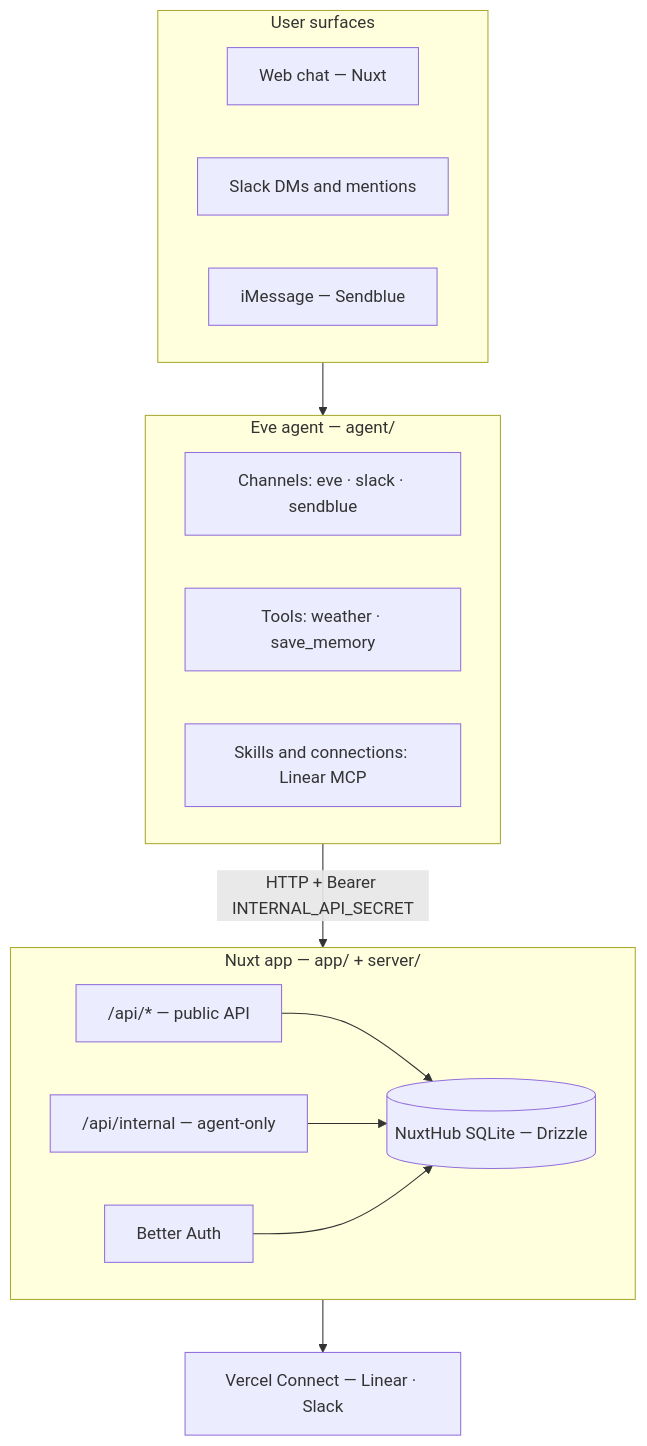
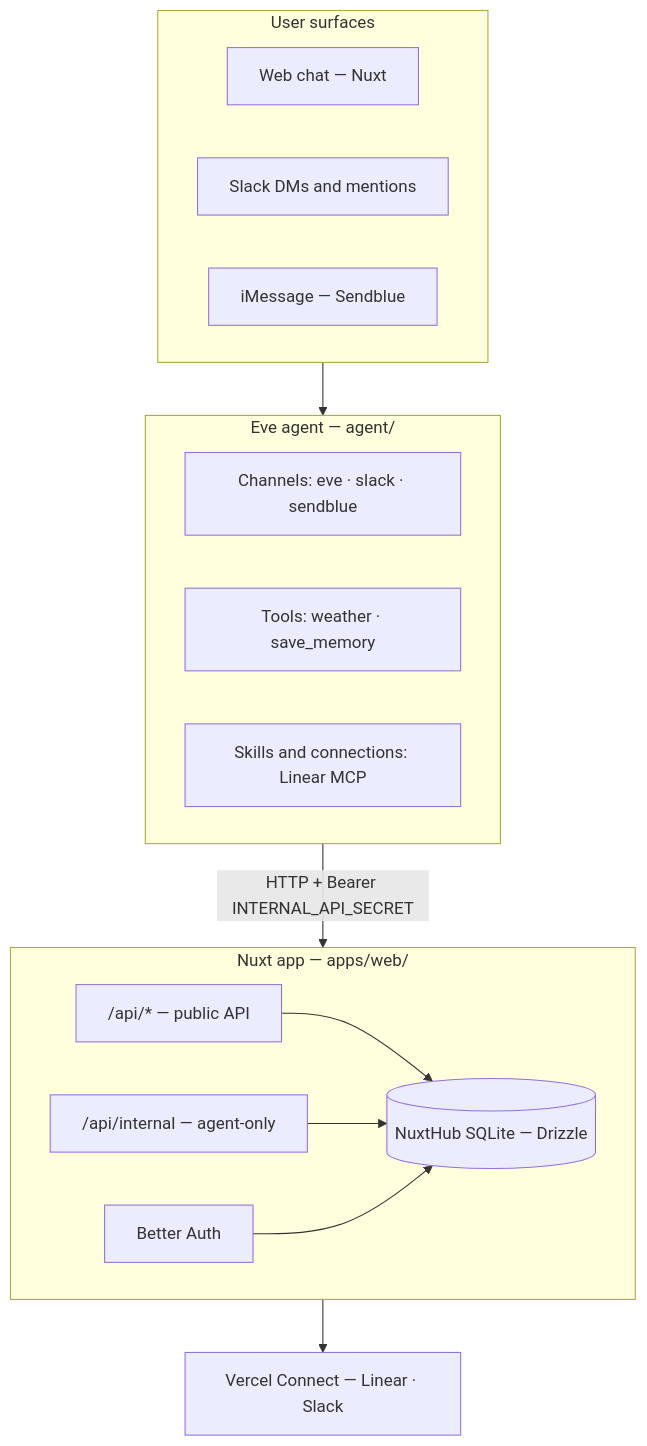
One commit to vercel/eve changed the diagram in apps/templates/personal-agent-template/docs/ARCHITECTURE.md. Above: the diagram before and after it, drawn with Mermaid. The commit also changed other lines of this file and 314 other files, not shown here.

Commit message:
chore(templates): align with peer web apps

````diff
--- a/apps/templates/personal-agent-template/docs/ARCHITECTURE.md
+++ b/apps/templates/personal-agent-template/docs/ARCHITECTURE.md
@@ -11,30 +11,30 @@
 ```mermaid
 flowchart TB
   subgraph surfaces [User surfaces]
     web[Web chat — Nuxt]
     slack[Slack DMs and mentions]
     imessage[iMessage — Sendblue]
   end
 
   subgraph eve [Eve agent — agent/]
     channels[Channels: eve · slack · sendblue]
     tools[Tools: weather · save_memory]
     skills[Skills and connections: Linear MCP]
   end
 
-  subgraph nuxt [Nuxt app — app/ + server/]
+  subgraph nuxt [Nuxt app — apps/web/]
     api["/api/* — public API"]
     internal["/api/internal — agent-only"]
     auth[Better Auth]
     db[(NuxtHub SQLite — Drizzle)]
   end
 
   connect[Vercel Connect — Linear · Slack]
 
   surfaces --> eve
   eve -->|"HTTP + Bearer INTERNAL_API_SECRET"| nuxt
   api --> db
   internal --> db
   auth --> db
   nuxt --> connect
 ```
````
